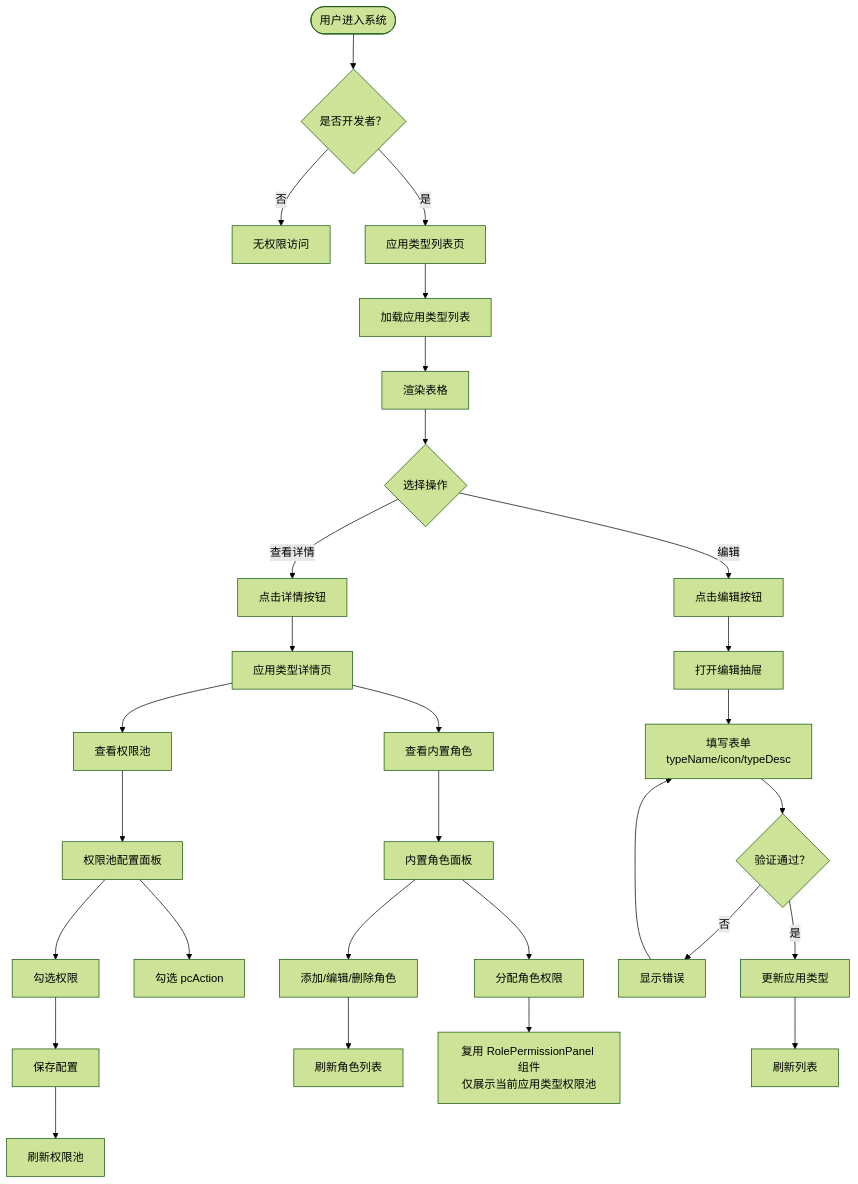
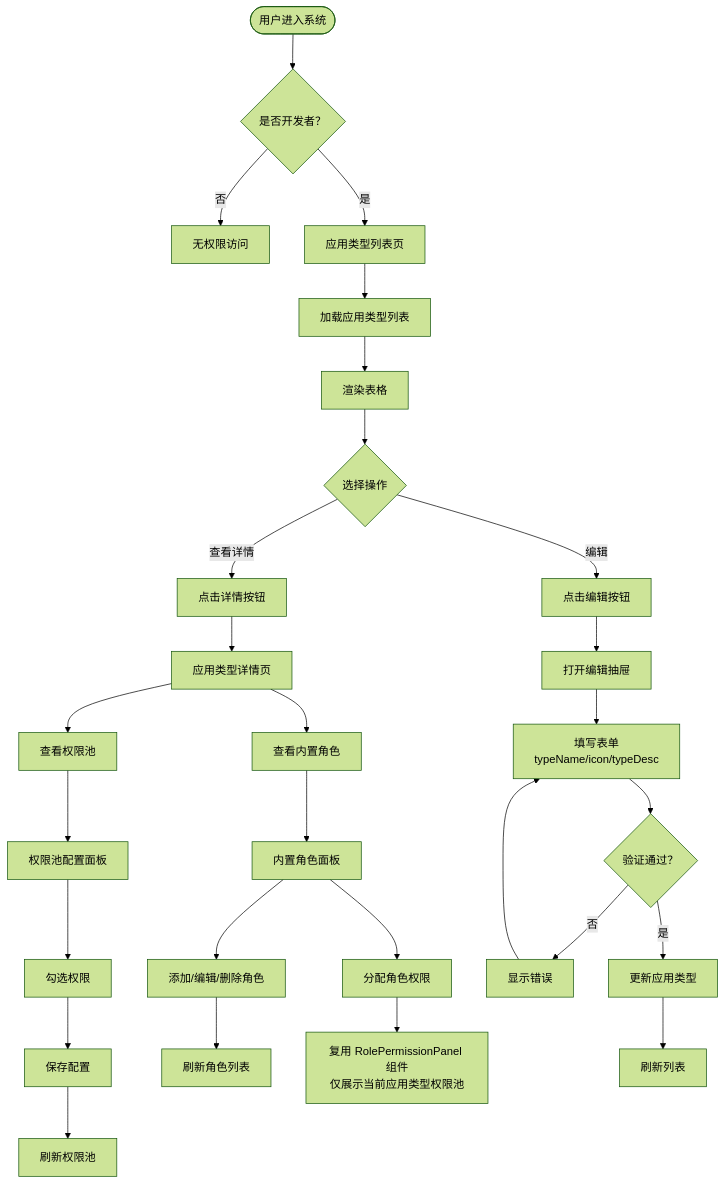
One commit to huyumo/moyan-mfw changed the diagram in docs/pages/app-type-management.md. Above: the diagram before and after it, drawn with Mermaid (forest theme). The commit also changed other lines of this file and 28 other files, not shown here.

````diff
--- a/docs/pages/app-type-management.md
+++ b/docs/pages/app-type-management.md
@@ -24,37 +24,36 @@
 ```mermaid
 flowchart TD
     Start([用户进入系统]) --> CheckDev{是否开发者？}
     CheckDev -->|否 | NoAccess[无权限访问]
     CheckDev -->|是 | AppTypeList[应用类型列表页]
 
     AppTypeList --> LoadList[加载应用类型列表]
     LoadList --> RenderList[渲染表格]
 
     RenderList --> Action{选择操作}
     Action -->|查看详情 | ViewDetail[点击详情按钮]
     Action -->|编辑 | EditType[点击编辑按钮]
 
     ViewDetail --> AppTypeDetail[应用类型详情页]
     AppTypeDetail --> ViewPool[查看权限池]
     AppTypeDetail --> ViewRoles[查看内置角色]
 
     ViewPool --> PermissionPoolPanel[权限池配置面板]
     PermissionPoolPanel --> SelectPermissions[勾选权限]
-    PermissionPoolPanel --> SelectPcAction[勾选 pcAction]
     SelectPermissions --> SavePool[保存配置]
     SavePool --> RefreshPool[刷新权限池]
 
     ViewRoles --> BuiltinRolesPanel[内置角色面板]
     BuiltinRolesPanel --> ManageRoles[添加/编辑/删除角色]
     BuiltinRolesPanel --> AssignRolePerm[分配角色权限]
     ManageRoles --> RefreshRoles[刷新角色列表]
     AssignRolePerm --> RolePermissionPanel[复用 RolePermissionPanel 组件<br>仅展示当前应用类型权限池]
 
     EditType --> EditDrawer[打开编辑抽屉]
     EditDrawer --> FillForm[填写表单<br>typeName/icon/typeDesc]
     FillForm --> Validate{验证通过？}
     Validate -->|否 | ShowError[显示错误]
     Validate -->|是 | UpdateType[更新应用类型]
     UpdateType --> RefreshList[刷新列表]
     ShowError --> FillForm
 ```
````
